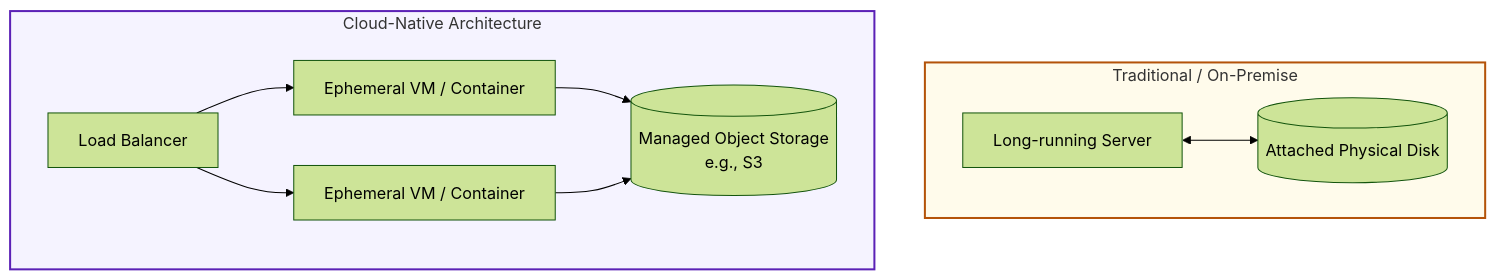
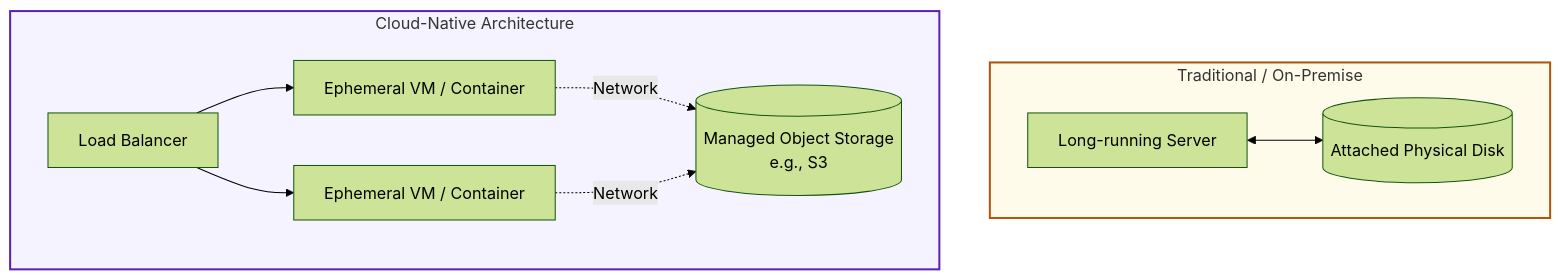
One commit to rLoka/ddiabs changed the second of 3 diagrams in chapter-01.md. Above: the diagram before and after it, drawn with Mermaid (forest theme). The commit also changed other lines of this file, not shown here.

First line of the commit message:
Revise Chapter 1 on Data Systems Architecture

````diff
--- a/chapter-01.md
+++ b/chapter-01.md
@@ -57,17 +132,17 @@
 ```mermaid
 graph TD
     subgraph Traditional [Traditional / On-Premise]
         Server[Long-running Server]
         Server <--> Disk[(Attached Physical Disk)]
     end
 
     subgraph CloudNative [Cloud-Native Architecture]
         LB[Load Balancer] --> Compute1[Ephemeral VM / Container]
         LB --> Compute2[Ephemeral VM / Container]
-        Compute1 --> Storage[(Managed Object Storage\ne.g., S3)]
-        Compute2 --> Storage
+        Compute1 -. Network .-> Storage[(Managed Object Storage\ne.g., S3)]
+        Compute2 -. Network .-> Storage
     end
     
     style Traditional fill:#fffbeb,stroke:#b45309,stroke-width:2px
     style CloudNative fill:#f5f3ff,stroke:#5b21b6,stroke-width:2px
 ```
````
